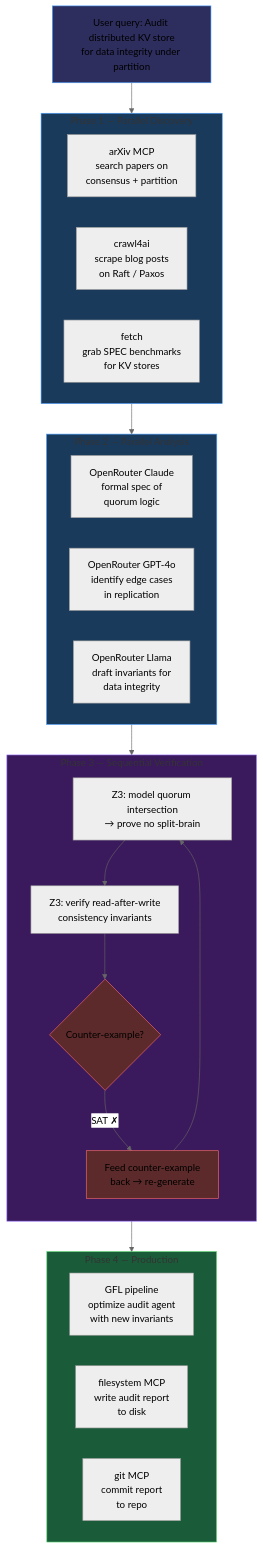
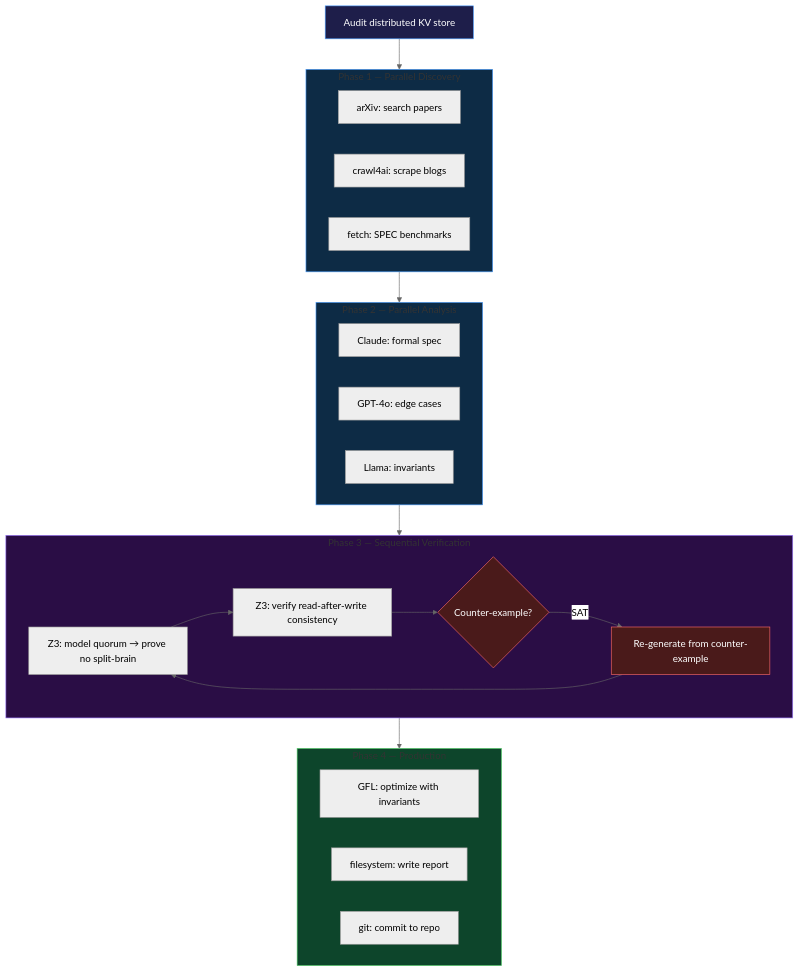
The first of 4 diagrams in lab/12_formal_evolution/README.md (OctAg0nO/lab-experiments), drawn with Mermaid (neutral theme) before and after one commit. The commit also changed other lines of this file, not shown here.

First line of the commit message:
Optimize all 4 Mermaid diagrams for GitHub rendering

````diff
--- a/lab/12_formal_evolution/README.md
+++ b/lab/12_formal_evolution/README.md
@@ -133,48 +133,48 @@
 ```mermaid
 flowchart TB
-    Q[User query: Audit distributed KV store<br/>for data integrity under partition] --> P1
+    Q[Audit distributed KV store] --> P1
 
     subgraph P1[Phase 1 — Parallel Discovery]
         direction LR
-        A1[arXiv MCP<br/>search papers on<br/>consensus + partition] 
-        A2[crawl4ai<br/>scrape blog posts<br/>on Raft / Paxos]
-        A3[fetch<br/>grab SPEC benchmarks<br/>for KV stores]
+        A1[arXiv: search papers] 
+        A2[crawl4ai: scrape blogs]
+        A3[fetch: SPEC benchmarks]
     end
 
     P1 --> P2
 
     subgraph P2[Phase 2 — Parallel Analysis]
         direction LR
-        B1[OpenRouter Claude<br/>formal spec of<br/>quorum logic]
-        B2[OpenRouter GPT-4o<br/>identify edge cases<br/>in replication]
-        B3[OpenRouter Llama<br/>draft invariants for<br/>data integrity]
+        B1[Claude: formal spec]
+        B2[GPT-4o: edge cases]
+        B3[Llama: invariants]
     end
 
     P2 --> P3
 
     subgraph P3[Phase 3 — Sequential Verification]
-        direction TB
-        C1[Z3: model quorum intersection<br/>→ prove no split-brain]
-        C2[Z3: verify read-after-write<br/>consistency invariants]
+        C1[Z3: model quorum → prove no split-brain]
+        C2[Z3: verify read-after-write consistency]
         C3{Counter-example?}
         C1 --> C2 --> C3
-        C3 -->|SAT ✗| F[Feed counter-example<br/>back → re-generate] --> C1
+        C3 -->|SAT| F[Re-generate from counter-example] --> C1
     end
 
     P3 --> P4
 
     subgraph P4[Phase 4 — Production]
         direction LR
-        D1[GFL pipeline<br/>optimize audit agent<br/>with new invariants]
-        D2[filesystem MCP<br/>write audit report<br/>to disk]
-        D3[git MCP<br/>commit report<br/>to repo]
+        D1[GFL: optimize with invariants]
+        D2[filesystem: write report]
+        D3[git: commit to repo]
     end
 
-    style Q fill:#2d2d5e,stroke:#4a9eff
-    style P1 fill:#1a3a5c,stroke:#4a9eff
-    style P2 fill:#1a3a5c,stroke:#4a9eff
-    style P3 fill:#3a1a5c,stroke:#9775fa
-    style P4 fill:#1a5c3a,stroke:#51cf66
-    style C3 fill:#5c2a2a,stroke:#ff6b6b
-    style F fill:#5c2a2a,stroke:#ff6b6b
+    %% Styles
+    style Q fill:#1e1e4a,stroke:#4a9eff,color:#fff
+    style P1 fill:#0d2b45,stroke:#4a9eff
+    style P2 fill:#0d2b45,stroke:#4a9eff
+    style P3 fill:#2a0d45,stroke:#9775fa
+    style P4 fill:#0d452b,stroke:#51cf66
+    style C3 fill:#4a1a1a,stroke:#ff6b6b,color:#fff
+    style F fill:#4a1a1a,stroke:#ff6b6b,color:#fff
 ```
````
